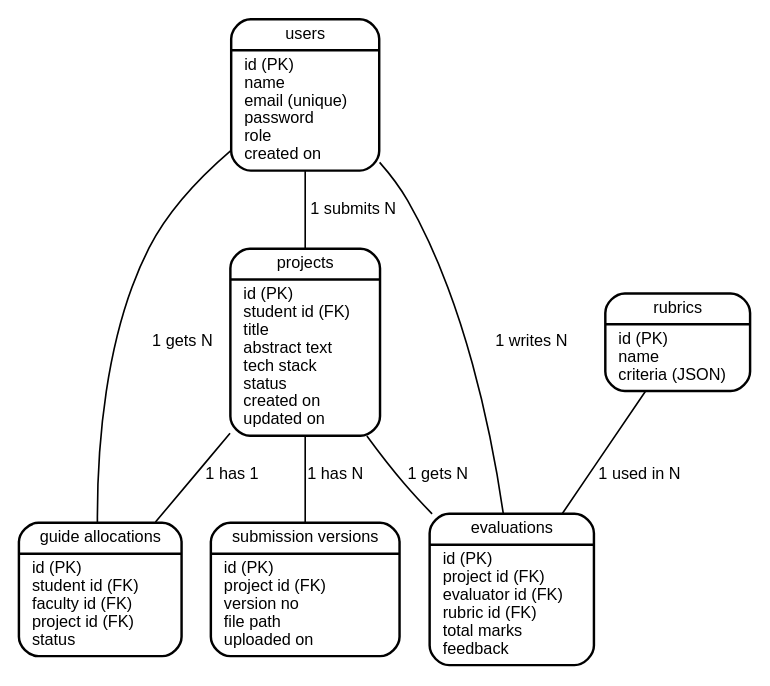
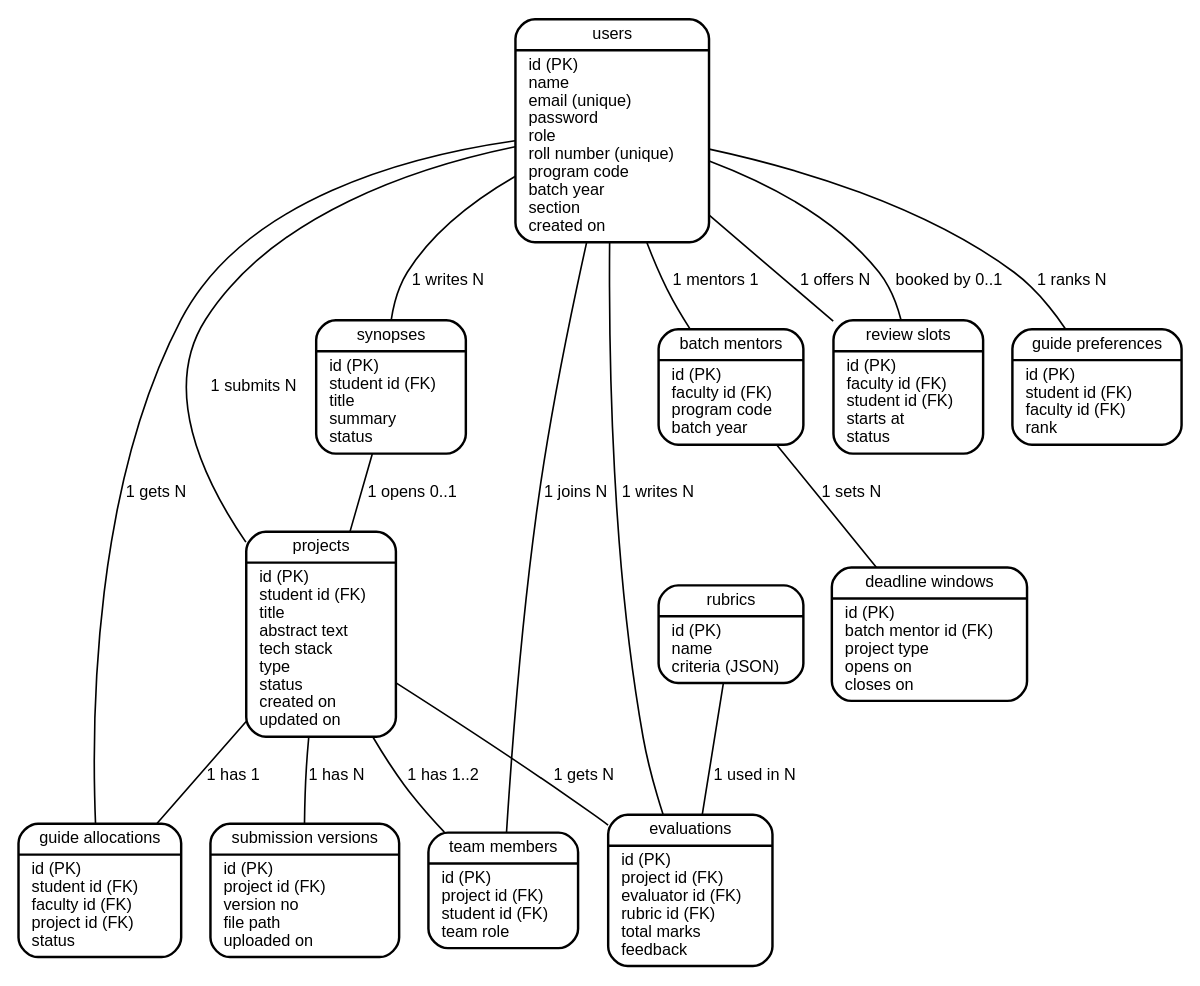
One commit to akshita777/iips-ug-pg-project-repository-system changed the diagram in docs/diagrams/15-er.dot. Above: the diagram before and after it, drawn with Graphviz. The commit also changed 17 other files, not shown here.

First line of the commit message:
Diagrams updated to the agreed domain model

```diff
--- a/docs/diagrams/15-er.dot
+++ b/docs/diagrams/15-er.dot
@@ -1,24 +1,39 @@
 digraph er_diagram {
   rankdir=TB;
   bgcolor="white";
   fontname="Helvetica";
 
   node [fontname="Helvetica", fontsize=10, shape=record, style="rounded,filled",
         fillcolor="white", color="black", penwidth=1.5];
   edge [fontname="Helvetica", fontsize=10, color="black", arrowhead="none"];
 
-  users [label="{users|id (PK)\l name\l email (unique)\l password\l role\l created on\l}"];
-  projects [label="{projects|id (PK)\l student id (FK)\l title\l abstract text\l tech stack\l status\l created on\l updated on\l}"];
+  users [label="{users|id (PK)\l name\l email (unique)\l password\l role\l roll number (unique)\l program code\l batch year\l section\l created on\l}"];
+  projects [label="{projects|id (PK)\l student id (FK)\l title\l abstract text\l tech stack\l type\l status\l created on\l updated on\l}"];
   versions [label="{submission versions|id (PK)\l project id (FK)\l version no\l file path\l uploaded on\l}"];
   allocs [label="{guide allocations|id (PK)\l student id (FK)\l faculty id (FK)\l project id (FK)\l status\l}"];
   evals [label="{evaluations|id (PK)\l project id (FK)\l evaluator id (FK)\l rubric id (FK)\l total marks\l feedback\l}"];
   rubrics [label="{rubrics|id (PK)\l name\l criteria (JSON)\l}"];
+  batch [label="{batch mentors|id (PK)\l faculty id (FK)\l program code\l batch year\l}"];
+  synopsis [label="{synopses|id (PK)\l student id (FK)\l title\l summary\l status\l}"];
+  windows [label="{deadline windows|id (PK)\l batch mentor id (FK)\l project type\l opens on\l closes on\l}"];
+  slots [label="{review slots|id (PK)\l faculty id (FK)\l student id (FK)\l starts at\l status\l}"];
+  prefs [label="{guide preferences|id (PK)\l student id (FK)\l faculty id (FK)\l rank\l}"];
+  teams [label="{team members|id (PK)\l project id (FK)\l student id (FK)\l team role\l}"];
 
   users -> projects [label="1 submits N"];
   projects -> versions [label="1 has N"];
   users -> allocs [label="1 gets N"];
   projects -> allocs [label="1 has 1"];
   projects -> evals [label="1 gets N"];
   rubrics -> evals [label="1 used in N"];
   users -> evals [label="1 writes N"];
+  users -> batch [label="1 mentors 1"];
+  users -> synopsis [label="1 writes N"];
+  synopsis -> projects [label="1 opens 0..1"];
+  batch -> windows [label="1 sets N"];
+  users -> slots [label="1 offers N"];
+  slots -> users [label="booked by 0..1"];
+  users -> prefs [label="1 ranks N"];
+  projects -> teams [label="1 has 1..2"];
+  users -> teams [label="1 joins N"];
 }
```
